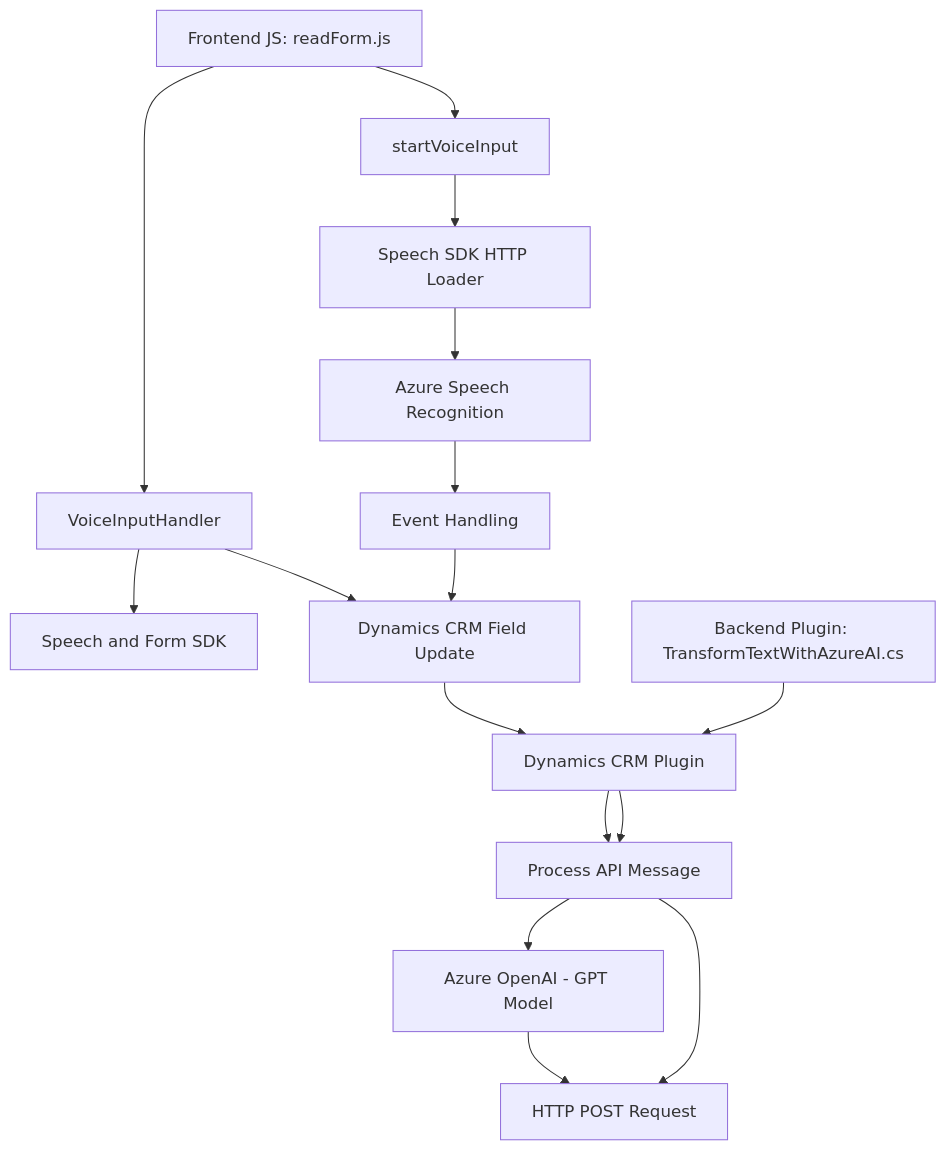
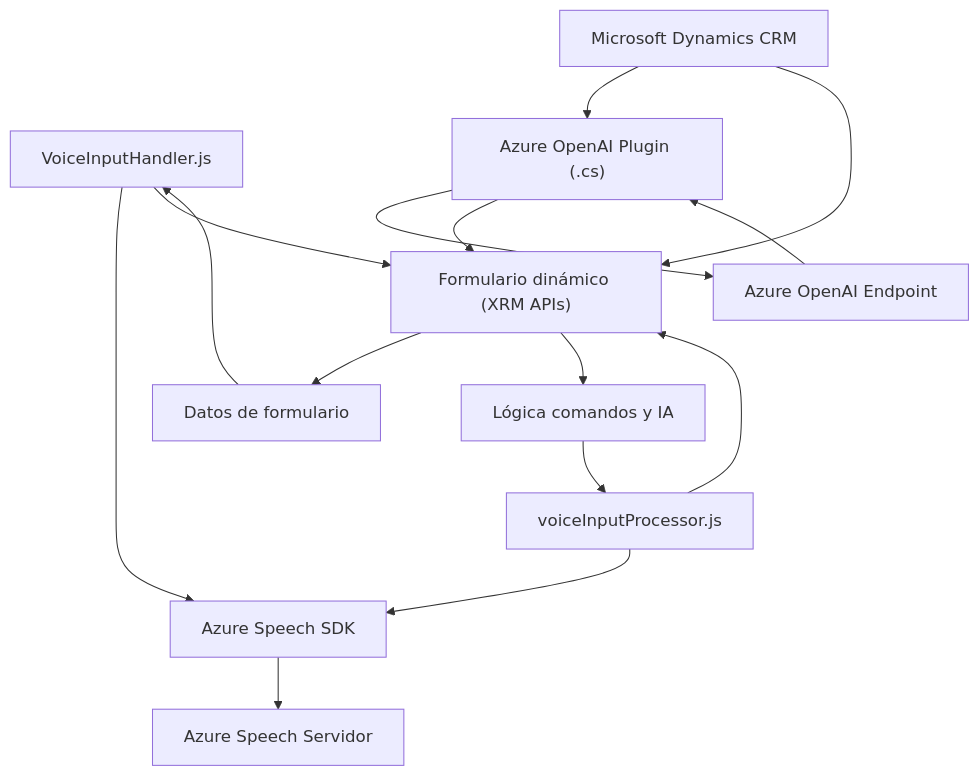
Before and after one commit to blopezdm/NETCORE_BILBAO2025: the diagram in README.md, drawn with Mermaid. The commit also changed other lines of this file, not shown here.

````diff
--- a/README.md
+++ b/README.md
@@ -23,20 +38,17 @@
 ```mermaid
 graph TD
-    A["Frontend JS: readForm.js"] --> B["VoiceInputHandler"]
-    B --> C["Speech and Form SDK"]
-    A --> D["startVoiceInput"]
-    D --> E["Speech SDK HTTP Loader"]
-    E --> F["Azure Speech Recognition"]
-    F --> G["Event Handling"]
-    G --> H["Dynamics CRM Field Update"]
-
-    I["Backend Plugin: TransformTextWithAzureAI.cs"] --> J["Dynamics CRM Plugin"]
-    J --> K["Process API Message"]
-    K --> L["Azure OpenAI - GPT Model"]
-    L --> M["HTTP POST Request"]
-
-    B --> H
-    H --> J
-    J --> K
-    K --> M
+    A["VoiceInputHandler.js"] --> B["Azure Speech SDK"]
+    A --> C["Formulario dinámico (XRM APIs)"]
+    B --> D["Azure Speech Servidor"]
+    C --> E["Datos de formulario"]
+    E --> A
+    F["voiceInputProcessor.js"] --> B
+    F --> C
+    C --> G["Lógica comandos y IA"]
+    G --> F
+    H["Azure OpenAI Plugin (.cs)"] --> I["Azure OpenAI Endpoint"]
+    I --> H
+    H --> C
+    J["Microsoft Dynamics CRM"] --> H
+    J --> C
 ```
````
